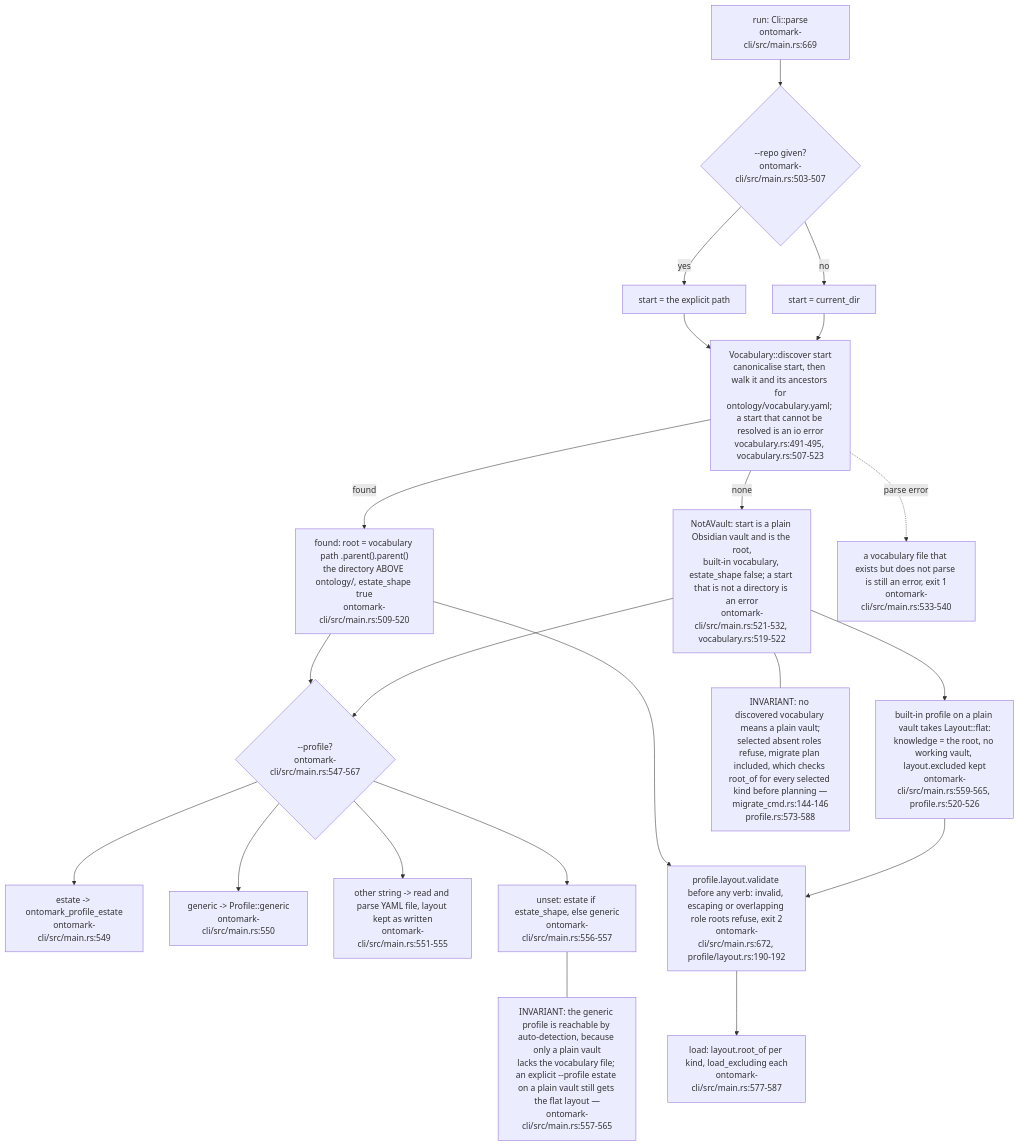
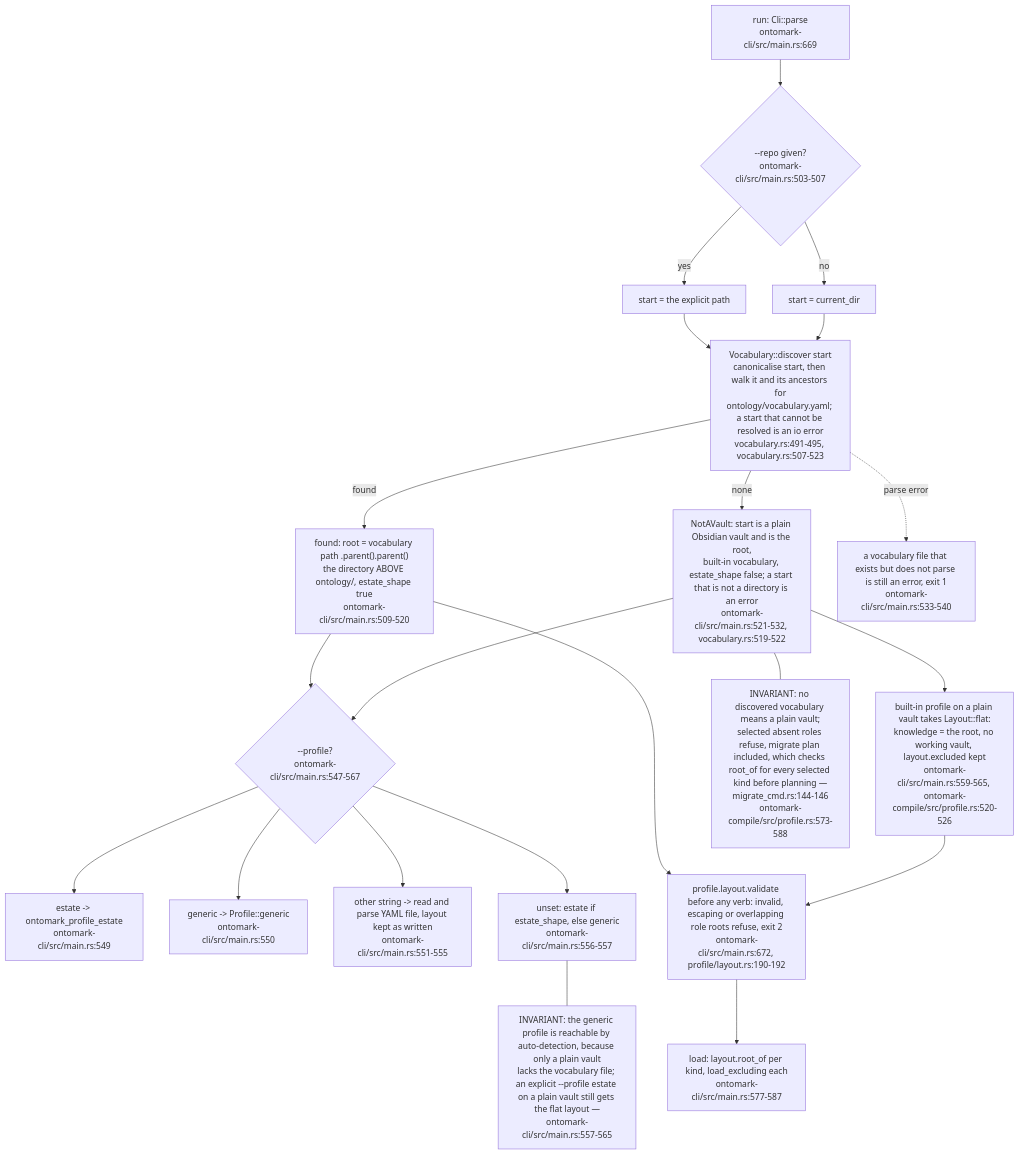
Before and after one commit to DreamLab-AI/VisionFlow: the fourth of 7 diagrams in docs/diagrams/ontomark/05-cli-commands-vault-selector-and-exit-codes.md, drawn with Mermaid. The commit also changed other lines of this file and 3 other files, not shown here.

First line of the commit message:
diagrams(ontomark): re-verify OM-05, OM-06, OM-07, OM-09 at pinned heads; map whelk-el

````diff
--- a/docs/diagrams/ontomark/05-cli-commands-vault-selector-and-exit-codes.md
+++ b/docs/diagrams/ontomark/05-cli-commands-vault-selector-and-exit-codes.md
@@ -160,41 +171,41 @@
 ```mermaid
 flowchart TD
     START["run: Cli::parse<br/>ontomark-cli/src/main.rs:669"]
     EXPL{"--repo given?<br/>ontomark-cli/src/main.rs:503-507"}
     P1["start = the explicit path"]
     P2["start = current_dir"]
     DISC["Vocabulary::discover start<br/>canonicalise start, then walk it and its ancestors for<br/>ontology/vocabulary.yaml; a start that cannot be resolved is an io error<br/>vocabulary.rs:491-495, vocabulary.rs:507-523"]
     ESTATE["found: root = vocabulary path .parent().parent()<br/>the directory ABOVE ontology/, estate_shape true<br/>ontomark-cli/src/main.rs:509-520"]
     PLAIN["NotAVault: start is a plain Obsidian vault and is the root,<br/>built-in vocabulary, estate_shape false; a start that is not a directory is an error<br/>ontomark-cli/src/main.rs:521-532, vocabulary.rs:519-522"]
     BADV["a vocabulary file that exists but does not parse is still an error, exit 1<br/>ontomark-cli/src/main.rs:533-540"]
     PROF{"--profile?<br/>ontomark-cli/src/main.rs:547-567"}
     EST["estate -> ontomark_profile_estate<br/>ontomark-cli/src/main.rs:549"]
     GEN["generic -> Profile::generic<br/>ontomark-cli/src/main.rs:550"]
     YAML["other string -> read and parse YAML file, layout kept as written<br/>ontomark-cli/src/main.rs:551-555"]
     AUTO["unset: estate if estate_shape, else generic<br/>ontomark-cli/src/main.rs:556-557"]
-    FLAT["built-in profile on a plain vault takes Layout::flat:<br/>knowledge = the root, no working vault, layout.excluded kept<br/>ontomark-cli/src/main.rs:559-565, profile.rs:520-526"]
+    FLAT["built-in profile on a plain vault takes Layout::flat:<br/>knowledge = the root, no working vault, layout.excluded kept<br/>ontomark-cli/src/main.rs:559-565, ontomark-compile/src/profile.rs:520-526"]
     LCHK["profile.layout.validate before any verb: invalid, escaping or overlapping role roots refuse, exit 2<br/>ontomark-cli/src/main.rs:672, profile/layout.rs:190-192"]
     LOAD["load: layout.root_of per kind, load_excluding each<br/>ontomark-cli/src/main.rs:577-587"]
     START --> EXPL
     EXPL -->|yes| P1
     EXPL -->|no| P2
     P1 --> DISC
     P2 --> DISC
     DISC -->|found| ESTATE
     DISC -->|none| PLAIN
     DISC -.->|parse error| BADV
     ESTATE --> PROF
     PLAIN --> PROF
     PROF --> EST
     PROF --> GEN
     PROF --> YAML
     PROF --> AUTO
     PLAIN --> FLAT
     ESTATE --> LCHK
     FLAT --> LCHK
     LCHK --> LOAD
-    n1["INVARIANT: no discovered vocabulary means a plain vault;<br/>selected absent roles refuse, migrate plan included, which checks root_of for every selected kind before planning —<br/>migrate_cmd.rs:144-146<br/>profile.rs:573-588"]
+    n1["INVARIANT: no discovered vocabulary means a plain vault;<br/>selected absent roles refuse, migrate plan included, which checks root_of for every selected kind before planning —<br/>migrate_cmd.rs:144-146<br/>ontomark-compile/src/profile.rs:573-588"]
     n2["INVARIANT: the generic profile is reachable by auto-detection, because only a plain vault<br/>lacks the vocabulary file; an explicit --profile estate on a plain vault still gets the flat layout —<br/>ontomark-cli/src/main.rs:557-565"]
     PLAIN --- n1
     AUTO --- n2
 ```
````
